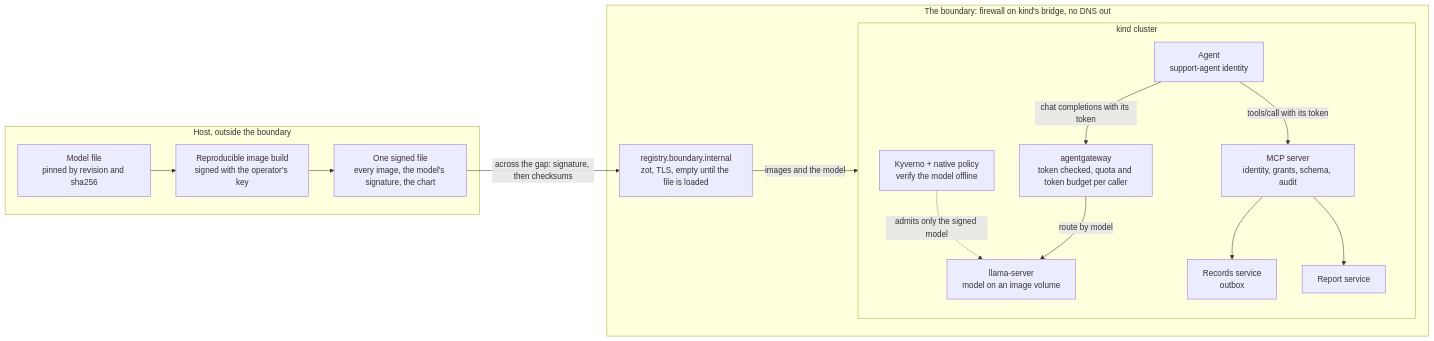
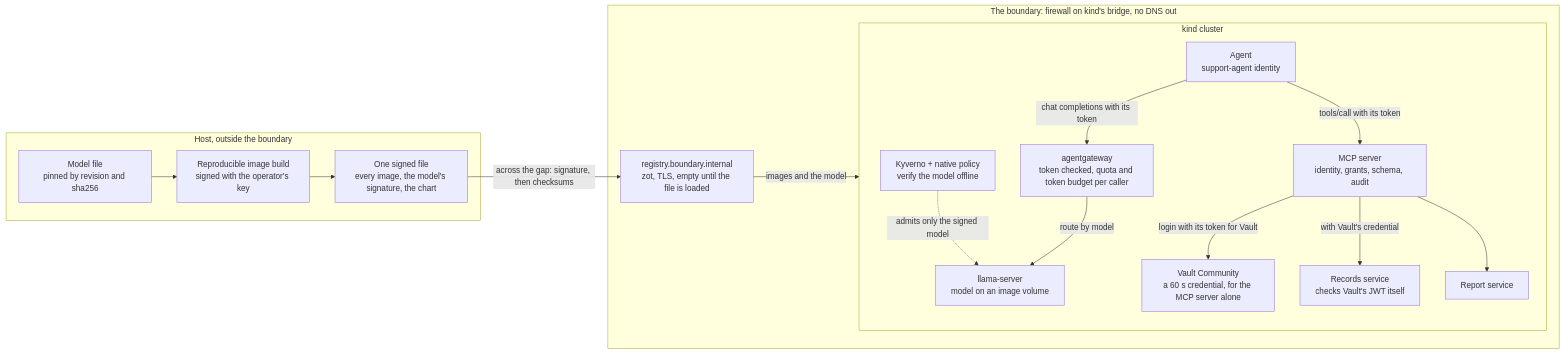
Before and after one commit to heyvaldemar/kubernetes-air-gapped-ai-agent: the diagram in README.md, drawn with Mermaid. The commit also changed other lines of this file and 28 other files, not shown here.

````diff
--- a/README.md
+++ b/README.md
@@ -114,27 +115,29 @@
 ```mermaid
 flowchart LR
   subgraph host["Host, outside the boundary"]
     hf["Model file<br/>pinned by revision and sha256"] --> build["Reproducible image build<br/>signed with the operator's key"]
     build --> file["One signed file<br/>every image, the model's signature, the chart"]
   end
   subgraph boundary["The boundary: firewall on kind's bridge, no DNS out"]
     reg["registry.boundary.internal<br/>zot, TLS, empty until the file is loaded"]
     subgraph cluster["kind cluster"]
       kyv["Kyverno + native policy<br/>verify the model offline"]
       llm["llama-server<br/>model on an image volume"]
       gw["agentgateway<br/>token checked, quota and token budget per caller"]
       agent["Agent<br/>support-agent identity"]
       mcp["MCP server<br/>identity, grants, schema, audit"]
-      rec["Records service<br/>outbox"]
+      vault["Vault Community<br/>a 60 s credential, for the MCP server alone"]
+      rec["Records service<br/>checks Vault's JWT itself"]
       rep["Report service"]
     end
   end
   file -->|"across the gap: signature, then checksums"| reg
   reg -->|"images and the model"| cluster
   kyv -. "admits only the signed model" .-> llm
   agent -->|"chat completions with its token"| gw
   gw -->|"route by model"| llm
   agent -->|"tools/call with its token"| mcp
-  mcp --> rec
+  mcp -->|"login with its token for Vault"| vault
+  mcp -->|"with Vault's credential"| rec
   mcp --> rep
 ```
````
